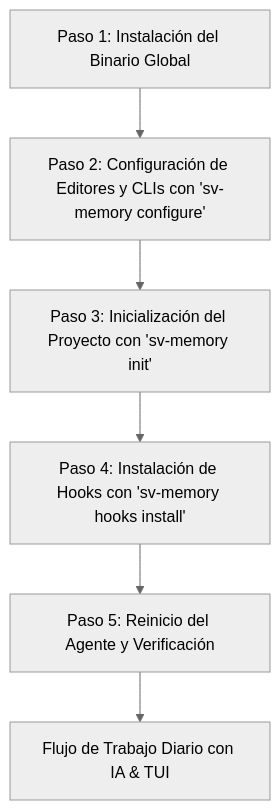
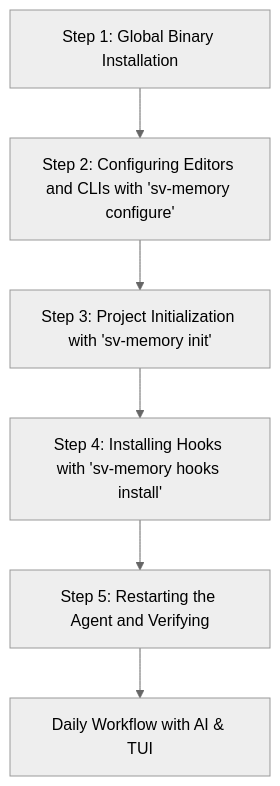
The diagram in documentation/getting_started_guide.md (svtech-code/sv-memory), drawn with Mermaid (neutral theme) before and after one commit. The commit also changed other lines of this file and 11 other files, not shown here.

````diff
--- a/documentation/getting_started_guide.md
+++ b/documentation/getting_started_guide.md
@@ -22,8 +24,8 @@
 ```mermaid
 flowchart TD
-    P1[Paso 1: Instalación del Binario Global] --> P2[Paso 2: Configuración de Editores y CLIs con 'sv-memory configure']
-    P2 --> P3[Paso 3: Inicialización del Proyecto con 'sv-memory init']
-    P3 --> P4[Paso 4: Instalación de Hooks con 'sv-memory hooks install']
-    P4 --> P5[Paso 5: Reinicio del Agente y Verificación]
-    P5 --> D[Flujo de Trabajo Diario con IA & TUI]
+    P1[Step 1: Global Binary Installation] --> P2[Step 2: Configuring Editors and CLIs with 'sv-memory configure']
+    P2 --> P3[Step 3: Project Initialization with 'sv-memory init']
+    P3 --> P4[Step 4: Installing Hooks with 'sv-memory hooks install']
+    P4 --> P5[Step 5: Restarting the Agent and Verifying]
+    P5 --> D[Daily Workflow with AI & TUI]
 ```
````
